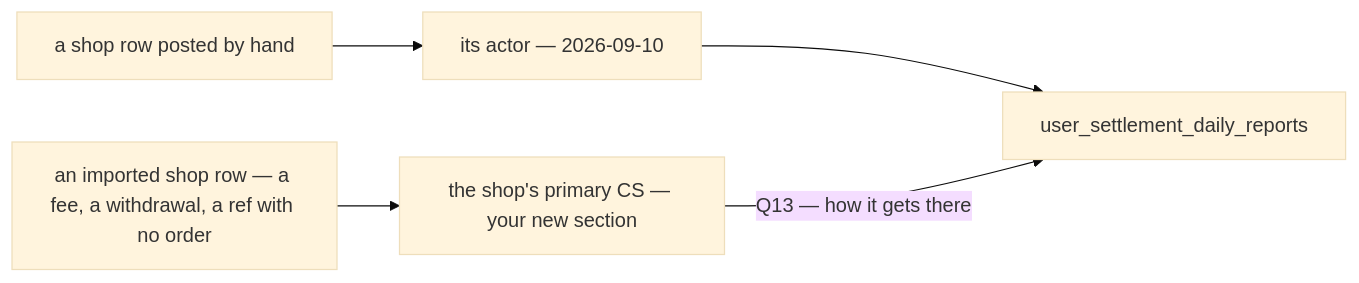
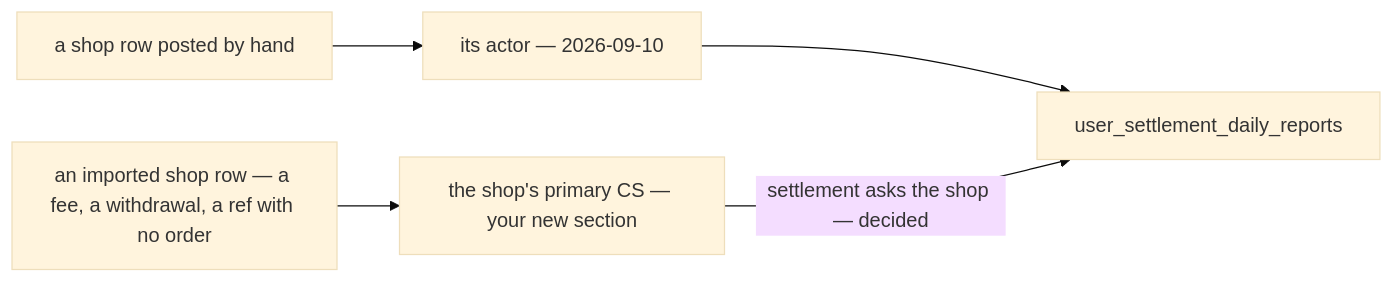
The eighth of 10 diagrams in docs/business/settlement/settlement_importer_clarify.md (pdcgo/warehouse_revamp), drawn with Mermaid (base theme) before and after one commit. The commit also changed other lines of this file and 6 other files, not shown here.

First line of the commit message:
settlement: record settlement-asks-the-shop-for-its-primary-cs

````diff
--- a/docs/business/settlement/settlement_importer_clarify.md
+++ b/docs/business/settlement/settlement_importer_clarify.md
@@ -425,7 +423,7 @@
 ```mermaid
 flowchart LR
   H["a shop row posted by hand"] --> A["its actor — 2026-09-10"]
   I["an imported shop row — a fee, a withdrawal, a ref with no order"] --> P["the shop's primary CS — your new section"]
   A --> R["user_settlement_daily_reports"]
-  P -->|"Q13 — how it gets there"| R
+  P -->|"settlement asks the shop — decided"| R
 ```
````
